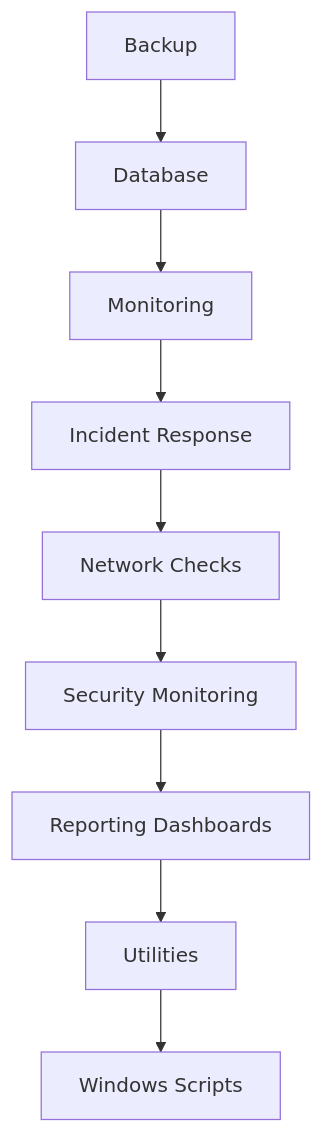
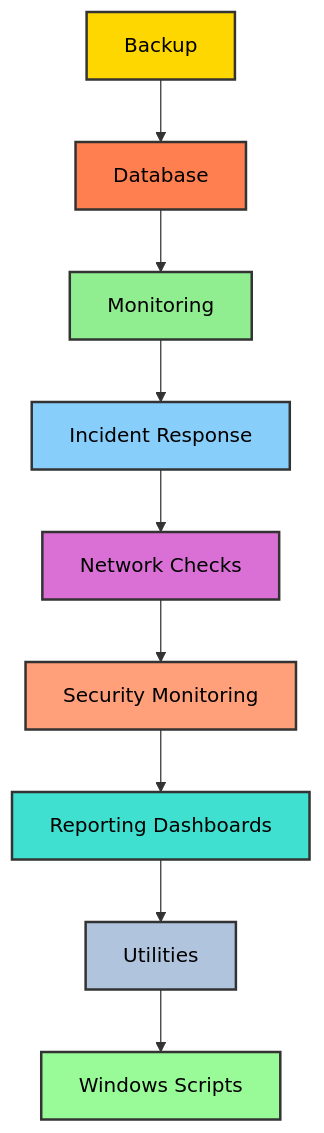
The first of 2 diagrams in README.md (mdolawale1-cmyk/Log-Rotation-Bash-), drawn with Mermaid before and after one commit.

````diff
--- a/README.md
+++ b/README.md
@@ -146,11 +146,22 @@
 ```mermaid
 flowchart TD
     A[Backup] --> B[Database]
     B --> C[Monitoring]
     C --> D[Incident Response]
     D --> E[Network Checks]
     E --> F[Security Monitoring]
     F --> G[Reporting Dashboards]
     G --> H[Utilities]
     H --> I[Windows Scripts]
+
+    style A fill:#FFD700,stroke:#333,stroke-width:2px,color:#000
+    style B fill:#FF7F50,stroke:#333,stroke-width:2px,color:#000
+    style C fill:#90EE90,stroke:#333,stroke-width:2px,color:#000
+    style D fill:#87CEFA,stroke:#333,stroke-width:2px,color:#000
+    style E fill:#DA70D6,stroke:#333,stroke-width:2px,color:#000
+    style F fill:#FFA07A,stroke:#333,stroke-width:2px,color:#000
+    style G fill:#40E0D0,stroke:#333,stroke-width:2px,color:#000
+    style H fill:#B0C4DE,stroke:#333,stroke-width:2px,color:#000
+    style I fill:#98FB98,stroke:#333,stroke-width:2px,color:#000
+
 ```
````
